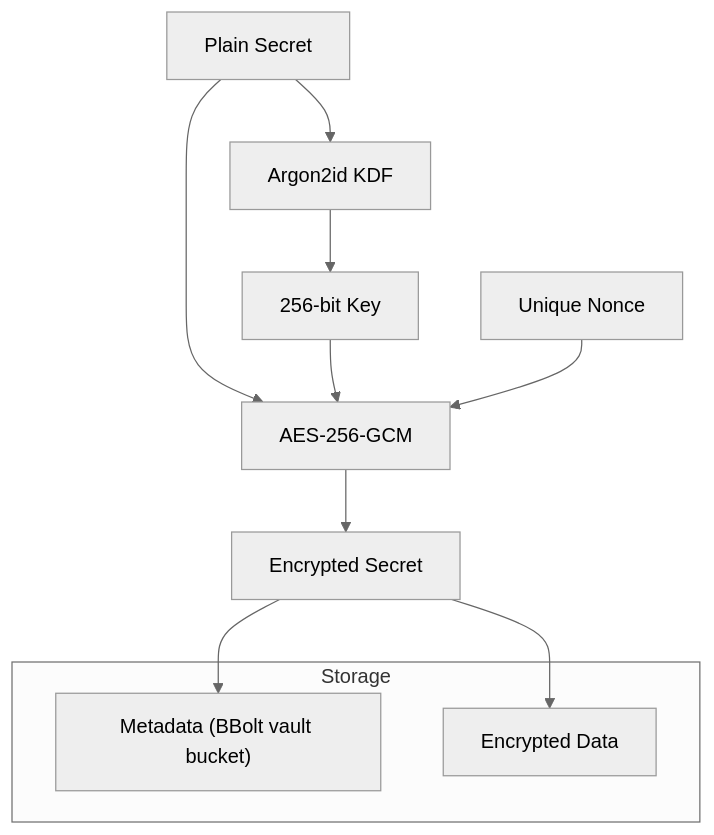
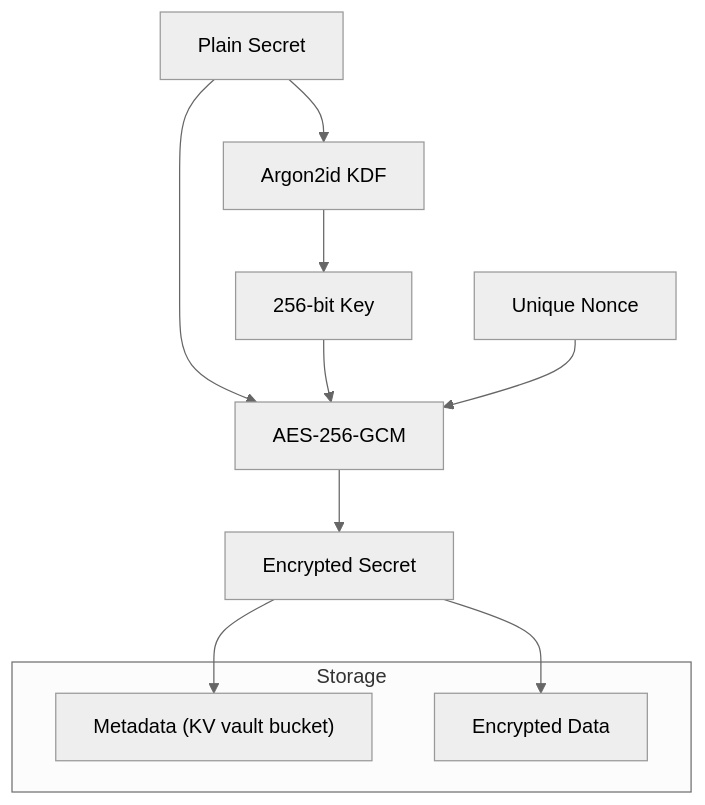
The tenth of 11 diagrams in ARCHITECTURE.md (deploy-monster/deploy-monster), drawn with Mermaid (neutral theme) before and after one commit. The commit also changed other lines of this file and 27 other files, not shown here.

````diff
--- a/ARCHITECTURE.md
+++ b/ARCHITECTURE.md
@@ -1172,17 +1172,17 @@
 ```mermaid
 flowchart TD
     Secret["Plain Secret"] --> KDF["Argon2id KDF"]
     KDF --> Key["256-bit Key"]
     Secret --> AES["AES-256-GCM"]
     Key --> AES
     Nonce["Unique Nonce"] --> AES
     AES --> Encrypted["Encrypted Secret"]
 
     subgraph "Storage"
-        Meta["Metadata (BBolt vault bucket)"]
+        Meta["Metadata (KV vault bucket)"]
         Data["Encrypted Data"]
     end
 
     Encrypted --> Meta
     Encrypted --> Data
 ```
````
